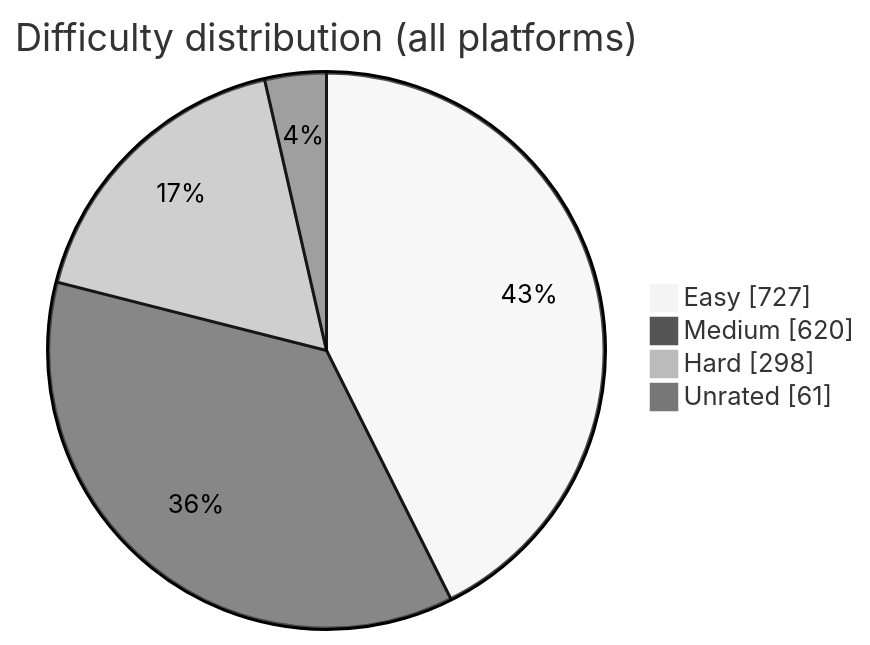
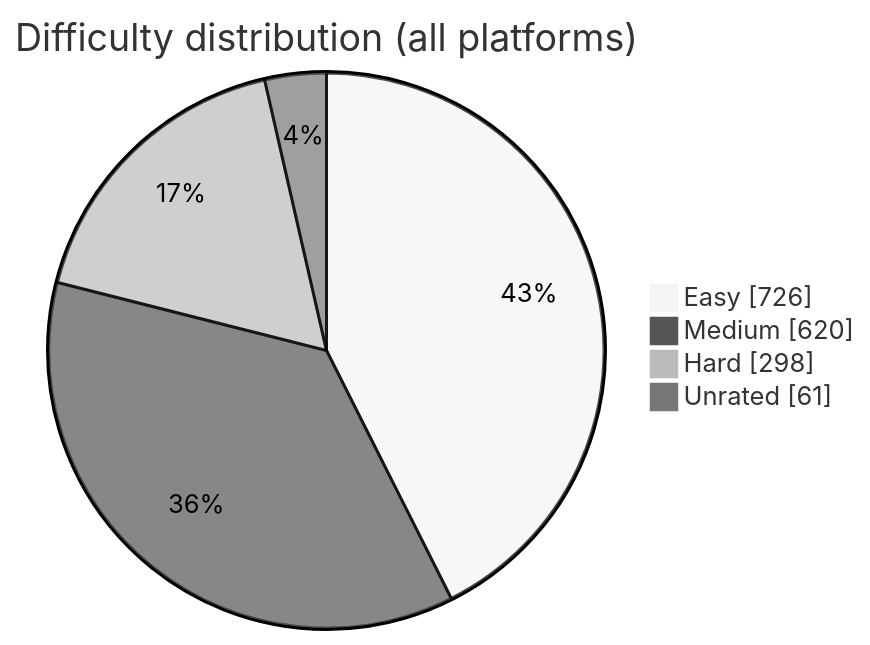
The diagram in README.md (BuildbyArindam/Daily-Coding-Log), drawn with Mermaid (neutral theme) before and after one commit. The commit also changed other lines of this file, not shown here.

````diff
--- a/README.md
+++ b/README.md
@@ -93,7 +93,7 @@
 ```mermaid
 pie showData title Difficulty distribution (all platforms)
-    "Easy" : 727
+    "Easy" : 726
     "Medium" : 620
     "Hard" : 298
     "Unrated" : 61
 ```
````
